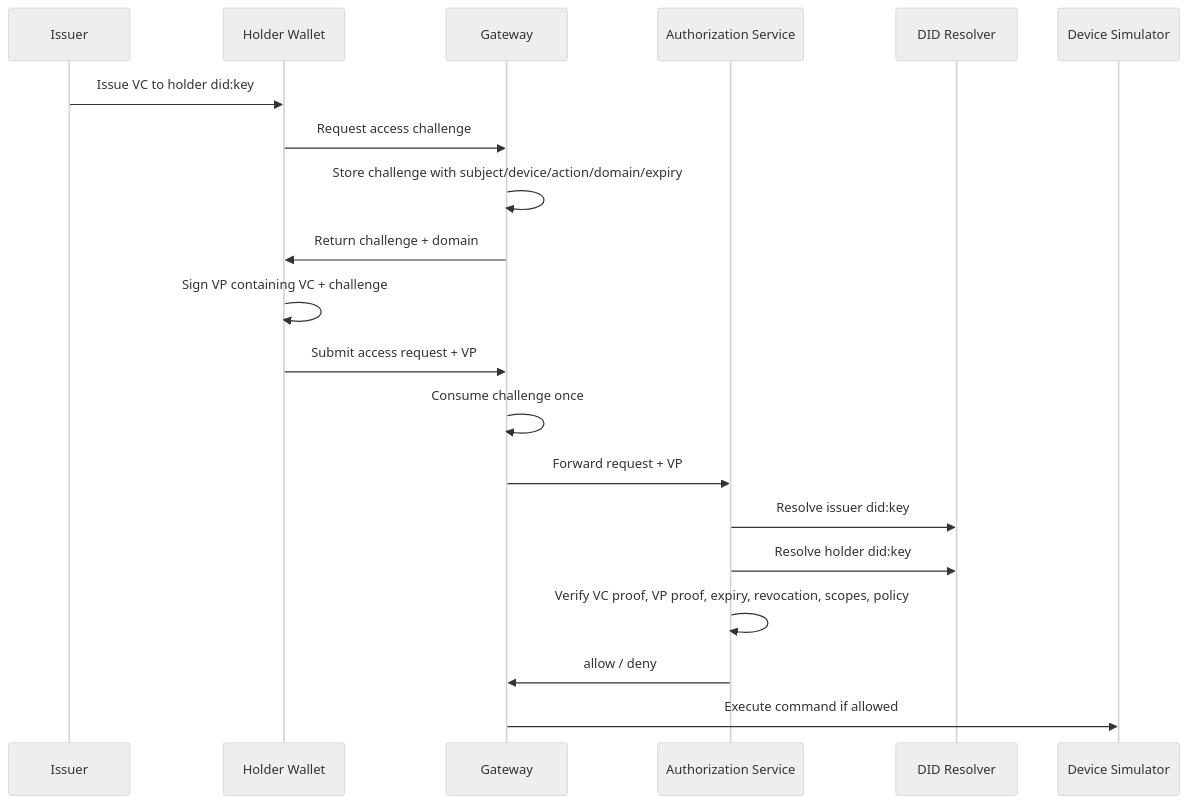
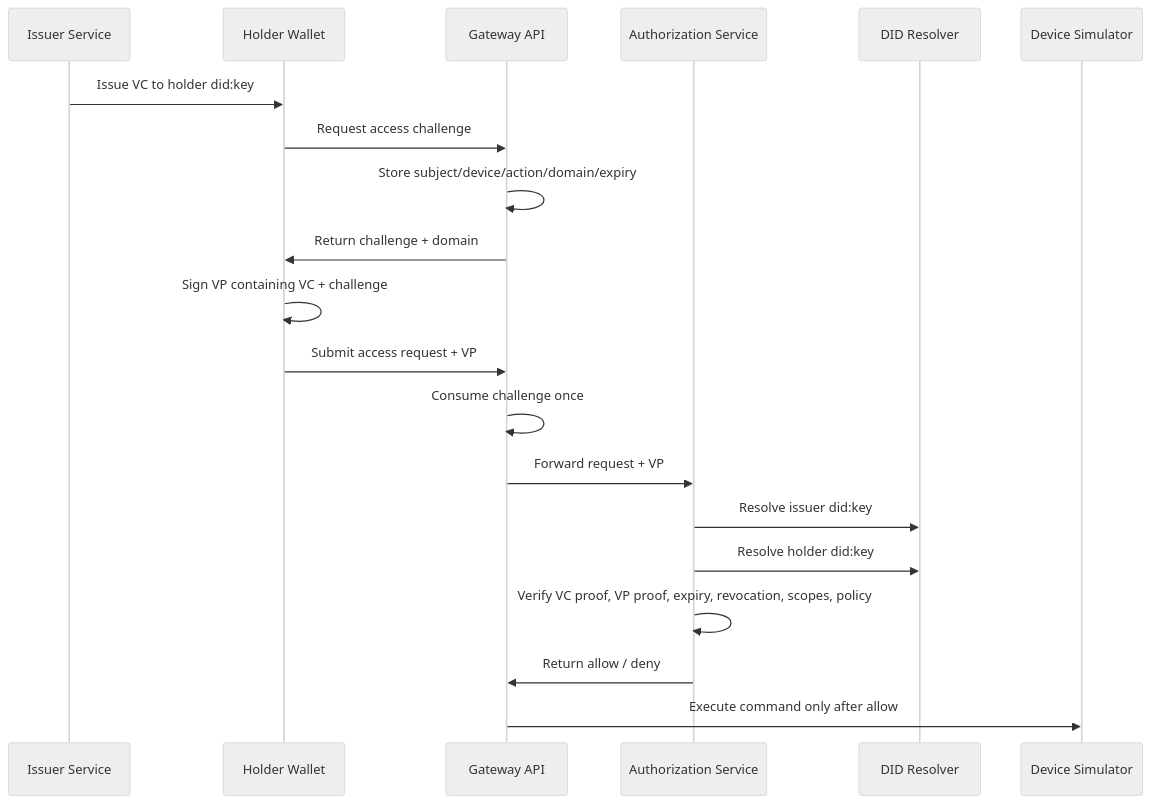
Before and after one commit to L-Lukke/blackwall: the diagram in docs/adr/0001-gateway-mediated-ssi-poc.md, drawn with Mermaid (neutral theme). The commit also changed other lines of this file and 15 other files, not shown here.

````diff
--- a/docs/adr/0001-gateway-mediated-ssi-poc.md
+++ b/docs/adr/0001-gateway-mediated-ssi-poc.md
@@ -5,23 +52,23 @@
 ```mermaid
 sequenceDiagram
-    participant I as Issuer
+    participant I as Issuer Service
     participant W as Holder Wallet
-    participant G as Gateway
+    participant G as Gateway API
     participant A as Authorization Service
     participant R as DID Resolver
     participant D as Device Simulator
 
     I->>W: Issue VC to holder did:key
     W->>G: Request access challenge
-    G->>G: Store challenge with subject/device/action/domain/expiry
+    G->>G: Store subject/device/action/domain/expiry
     G->>W: Return challenge + domain
     W->>W: Sign VP containing VC + challenge
     W->>G: Submit access request + VP
     G->>G: Consume challenge once
     G->>A: Forward request + VP
     A->>R: Resolve issuer did:key
     A->>R: Resolve holder did:key
     A->>A: Verify VC proof, VP proof, expiry, revocation, scopes, policy
-    A->>G: allow / deny
-    G->>D: Execute command if allowed
+    A->>G: Return allow / deny
+    G->>D: Execute command only after allow
 ```
````
